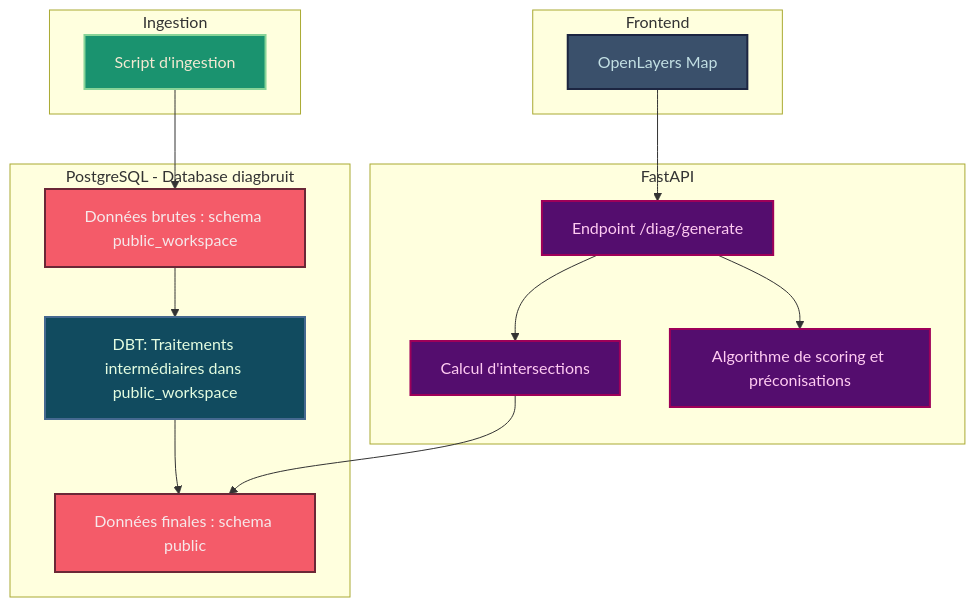
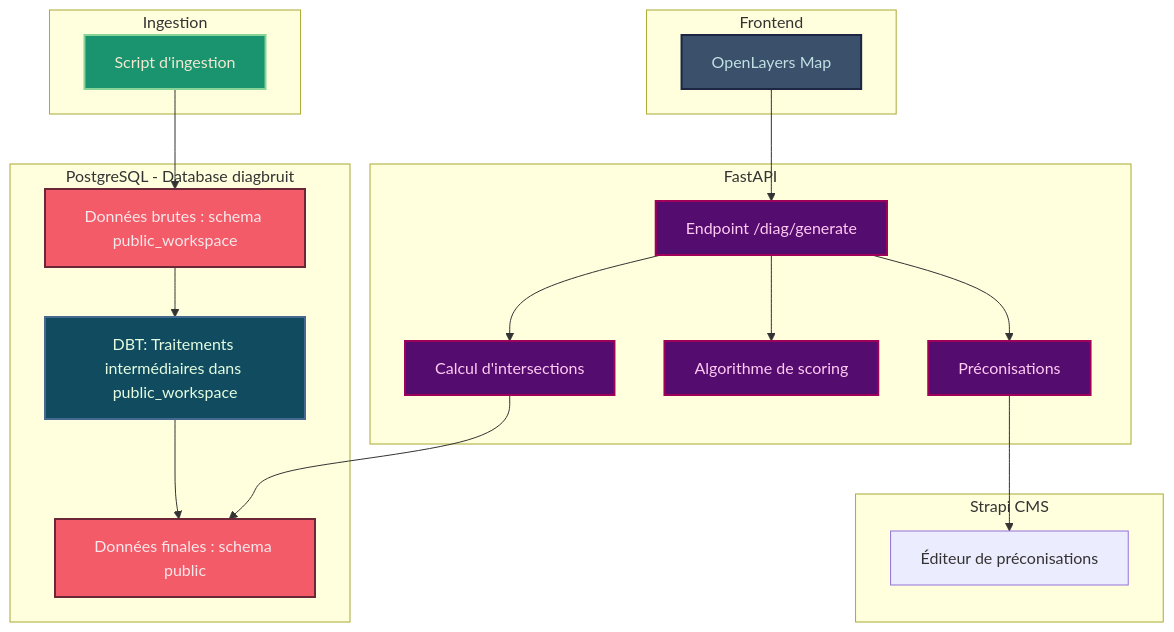
One commit to betagouv/diagbruit.beta.gouv.fr changed the diagram in README.md. Above: the diagram before and after it, drawn with Mermaid. The commit also changed other lines of this file, not shown here.

Commit message:
fix(chore): update readme archi with strapi cms

````diff
--- a/README.md
+++ b/README.md
@@ -191,42 +191,49 @@
 ```mermaid
 graph TD
     subgraph Ingestion["Ingestion"]
         A[Script d'ingestion]
     end
 
     subgraph PostgreSQL["PostgreSQL - Database diagbruit"]
         PW[Données brutes : schema public_workspace]
         B0[DBT: Traitements intermédiaires dans public_workspace]
         C[Données finales : schema public]
     end
 
     subgraph FastAPI["FastAPI"]
         D[Endpoint /diag/generate]
         D1[Calcul d'intersections]
-        D2[Algorithme de scoring et préconisations]
+        D2[Algorithme de scoring]
+        D3[Préconisations]
     end
 
     subgraph Frontend["Frontend"]
         E[OpenLayers Map]
+    end
+
+    subgraph Strapi["Strapi CMS"]
+        F[Éditeur de préconisations]
     end
 
     A --> PW
     PW --> B0
     B0 --> C
     D --> D2
     D --> D1
     D1 --> C
+    D --> D3
+    D3 --> F
     E --> D
 
     classDef ingestion fill:#1a936f,stroke:#88d498,stroke-width:2px,color:#f3e9d2
     classDef dbt fill:#114b5f,stroke:#456990,stroke-width:2px,color:#e4fde1
     classDef postgres fill:#f45b69,stroke:#6b2737,stroke-width:2px,color:#f6e8ea
     classDef fastapi fill:#540d6e,stroke:#9e0059,stroke-width:2px,color:#ffcbf2
     classDef frontend fill:#3a506b,stroke:#1c2541,stroke-width:2px,color:#c2dfe3
 
     class A ingestion
     class B0,B1,B2 dbt
     class PW,C postgres
-    class D,D1,D2 fastapi
+    class D,D1,D2,D3 fastapi
     class E frontend
 ```
````
